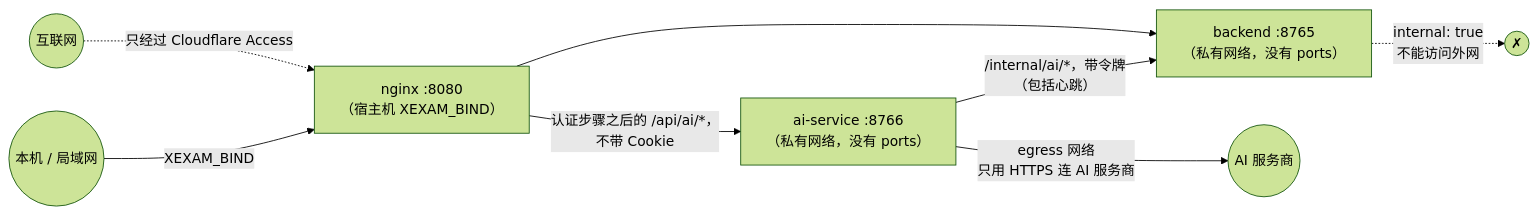
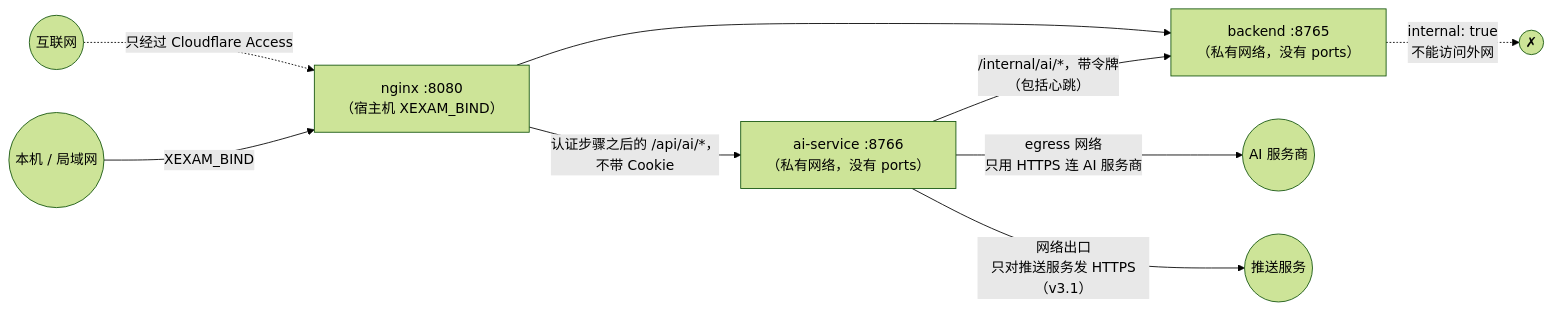
One commit to Yumin-Space/xexam changed the diagram in docs/zh-CN/security.md. Above: the diagram before and after it, drawn with Mermaid (forest theme). The commit also changed other lines of this file and 346 other files, not shown here.

````diff
--- a/docs/zh-CN/security.md
+++ b/docs/zh-CN/security.md
@@ -32,10 +32,11 @@
 ```mermaid
 flowchart LR
     I(("互联网")) -.->|"只经过 Cloudflare Access"| N["nginx :8080<br/>（宿主机 XEXAM_BIND）"]
     L(("本机 / 局域网")) -->|"XEXAM_BIND"| N
     N --> B["backend :8765<br/>（私有网络，没有 ports）"]
     N -->|"认证步骤之后的 /api/ai/*，<br/>不带 Cookie"| A["ai-service :8766<br/>（私有网络，没有 ports）"]
     A -->|"/internal/ai/*，带令牌<br/>（包括心跳）"| B
     B -. "internal: true<br/>不能访问外网" .-> X(("✗"))
     A -->|"egress 网络<br/>只用 HTTPS 连 AI 服务商"| P(("AI 服务商"))
+    A -->|"网络出口<br/>只对推送服务发 HTTPS（v3.1）"| W(("推送服务"))
 ```
````
